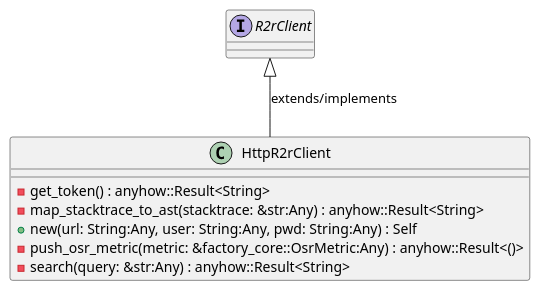
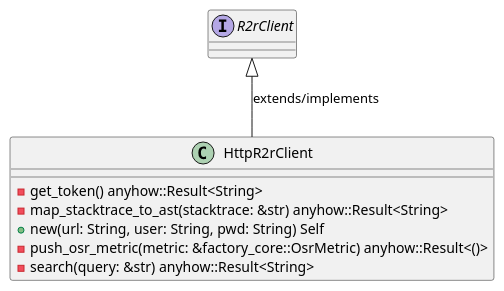
One commit to lgcorzo/rust_CACD_autonomous_factory changed the first of 6 diagrams in openwiki/crates_factory_infrastructure_src_r2r.md. Above: the diagram before and after it, drawn with PlantUML. The commit also changed other lines of this file and 97 other files, not shown here.

First line of the commit message:
Fix Rust AST parsing for method and function parameters, and update OKF UML frontmatter

````diff
--- a/openwiki/crates_factory_infrastructure_src_r2r.md
+++ b/openwiki/crates_factory_infrastructure_src_r2r.md
@@ -98,15 +103,15 @@
 ```plantuml
 @startuml
 class HttpR2rClient {
-    -get_token() : anyhow::Result<String>
-    -map_stacktrace_to_ast(stacktrace: &str:Any) : anyhow::Result<String>
-    +new(url: String:Any, user: String:Any, pwd: String:Any) : Self
-    -push_osr_metric(metric: &factory_core::OsrMetric:Any) : anyhow::Result<()>
-    -search(query: &str:Any) : anyhow::Result<String>
+    -get_token() anyhow::Result<String>
+    -map_stacktrace_to_ast(stacktrace: &str) anyhow::Result<String>
+    +new(url: String, user: String, pwd: String) Self
+    -push_osr_metric(metric: &factory_core::OsrMetric) anyhow::Result<()>
+    -search(query: &str) anyhow::Result<String>
 }
 R2rClient <|-- HttpR2rClient : extends/implements
 interface R2rClient {
 }
 @enduml
 
 ```
````
